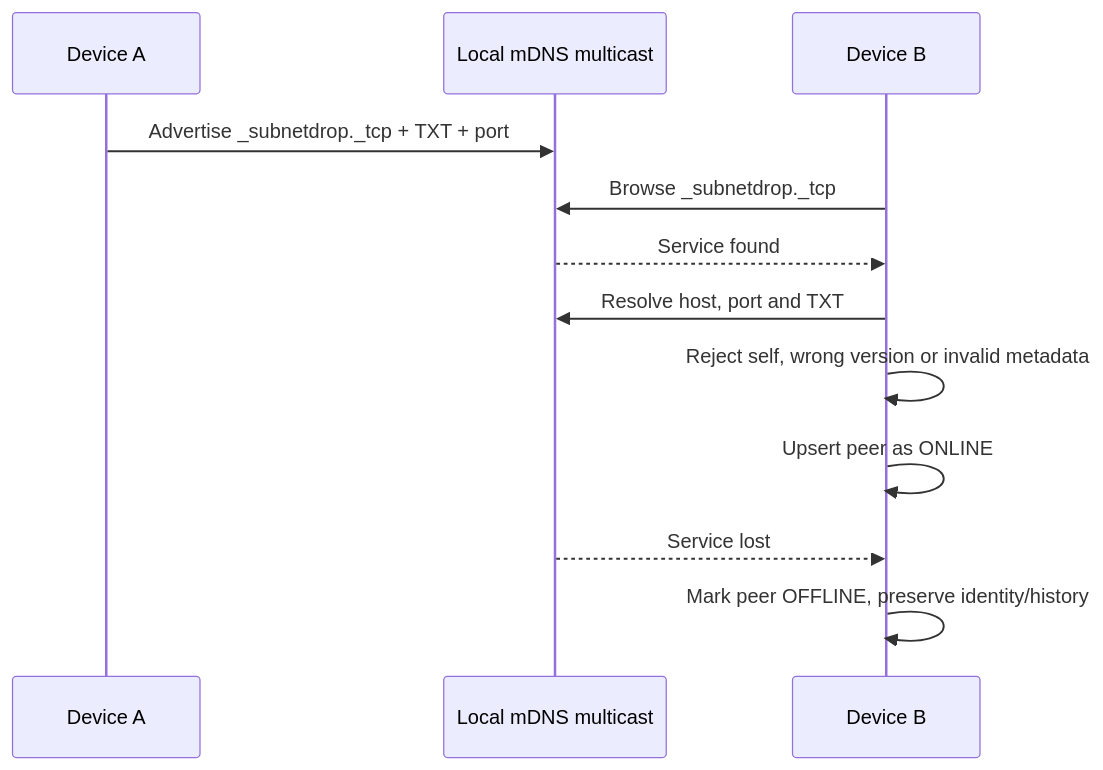
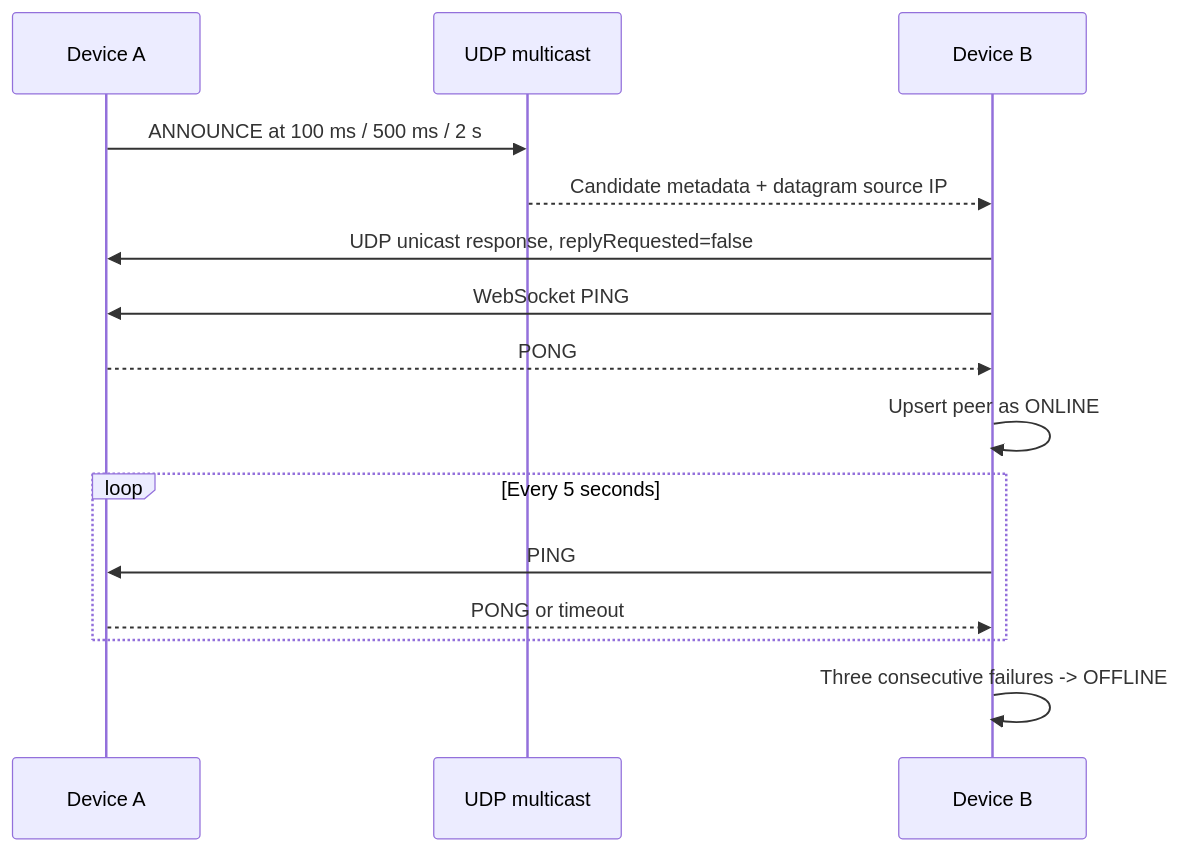
The first of 2 diagrams in docs/technical-principles/lan-discovery.md (x2ink/subnetdrop), drawn with Mermaid before and after one commit. The commit also changed other lines of this file and 39 other files, not shown here.

````diff
--- a/docs/technical-principles/lan-discovery.md
+++ b/docs/technical-principles/lan-discovery.md
@@ -20,14 +24,17 @@
 ```mermaid
 sequenceDiagram
     participant A as Device A
-    participant Mdns as Local mDNS multicast
+    participant Udp as UDP multicast
     participant B as Device B
-    A->>Mdns: Advertise _subnetdrop._tcp + TXT + port
-    B->>Mdns: Browse _subnetdrop._tcp
-    Mdns-->>B: Service found
-    B->>Mdns: Resolve host, port and TXT
-    B->>B: Reject self, wrong version or invalid metadata
+    A->>Udp: ANNOUNCE at 100 ms / 500 ms / 2 s
+    Udp-->>B: Candidate metadata + datagram source IP
+    B->>A: UDP unicast response, replyRequested=false
+    B->>A: WebSocket PING
+    A-->>B: PONG
     B->>B: Upsert peer as ONLINE
-    Mdns-->>B: Service lost
-    B->>B: Mark peer OFFLINE, preserve identity/history
+    loop Every 5 seconds
+        B->>A: PING
+        A-->>B: PONG or timeout
+    end
+    B->>B: Three consecutive failures -> OFFLINE
 ```
````
